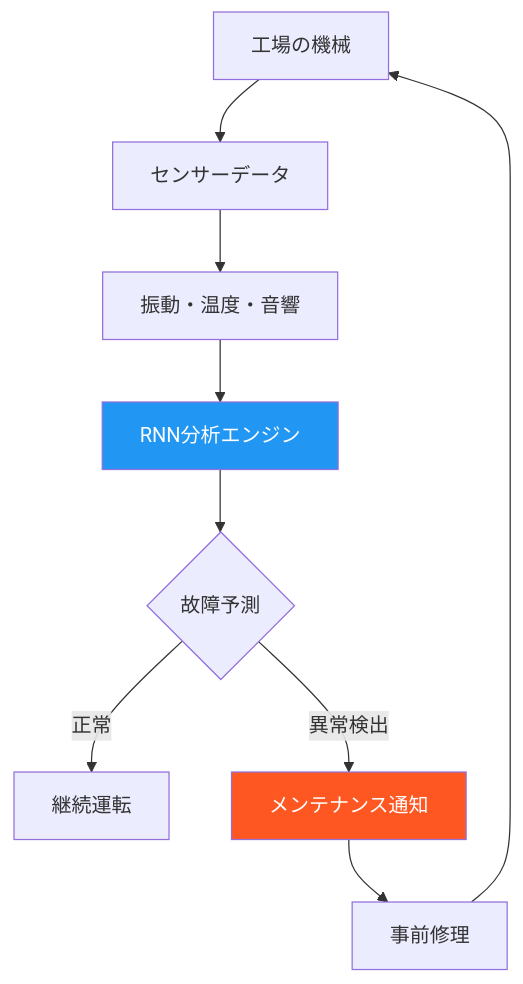
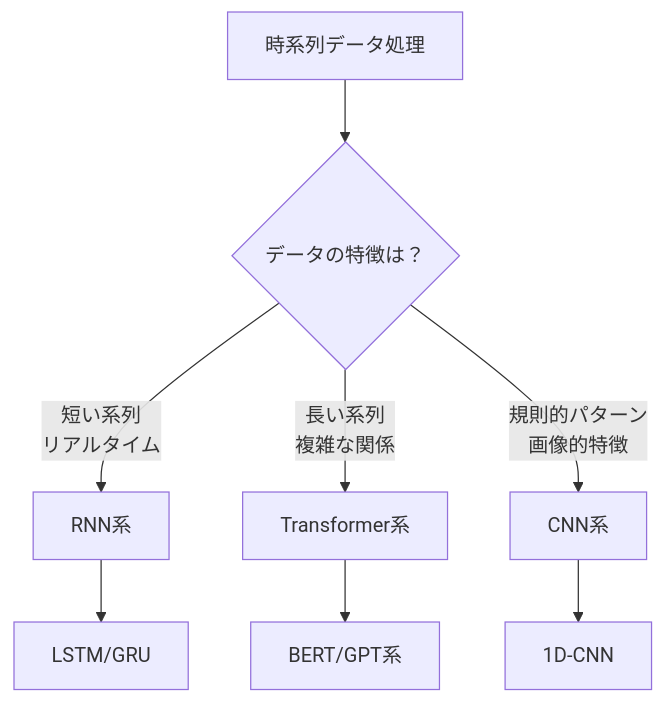
Diagram 12 of 13 in AI/DeepLearning/RecurrentNeuralNetwork/README.MD (SparklingDetergent/doc_genai_mental_model), drawn with Mermaid before and after one commit. The commit also changed other lines of this file, not shown here.

````diff
--- a/AI/DeepLearning/RecurrentNeuralNetwork/README.MD
+++ b/AI/DeepLearning/RecurrentNeuralNetwork/README.MD
@@ -402,14 +380,12 @@
 ```mermaid
-flowchart TD
-    A[工場の機械] --> B[センサーデータ]
-    B --> C[振動・温度・音響]
-    C --> D[RNN分析エンジン]
-    D --> E{故障予測}
-    E -->|正常| F[継続運転]
-    E -->|異常検出| G[メンテナンス通知]
-    G --> H[事前修理]
-    H --> A
+graph TD
+    A[時系列データ処理] --> B{データの特徴は？}
     
-    style D fill:#2196f3,color:#fff
-    style G fill:#ff5722,color:#fff
+    B -->|短い系列<br/>リアルタイム| C[RNN系]
+    B -->|長い系列<br/>複雑な関係| D[Transformer系]
+    B -->|規則的パターン<br/>画像的特徴| E[CNN系]
+    
+    C --> F[LSTM/GRU]
+    D --> G[BERT/GPT系]
+    E --> H[1D-CNN]
 ```
````
